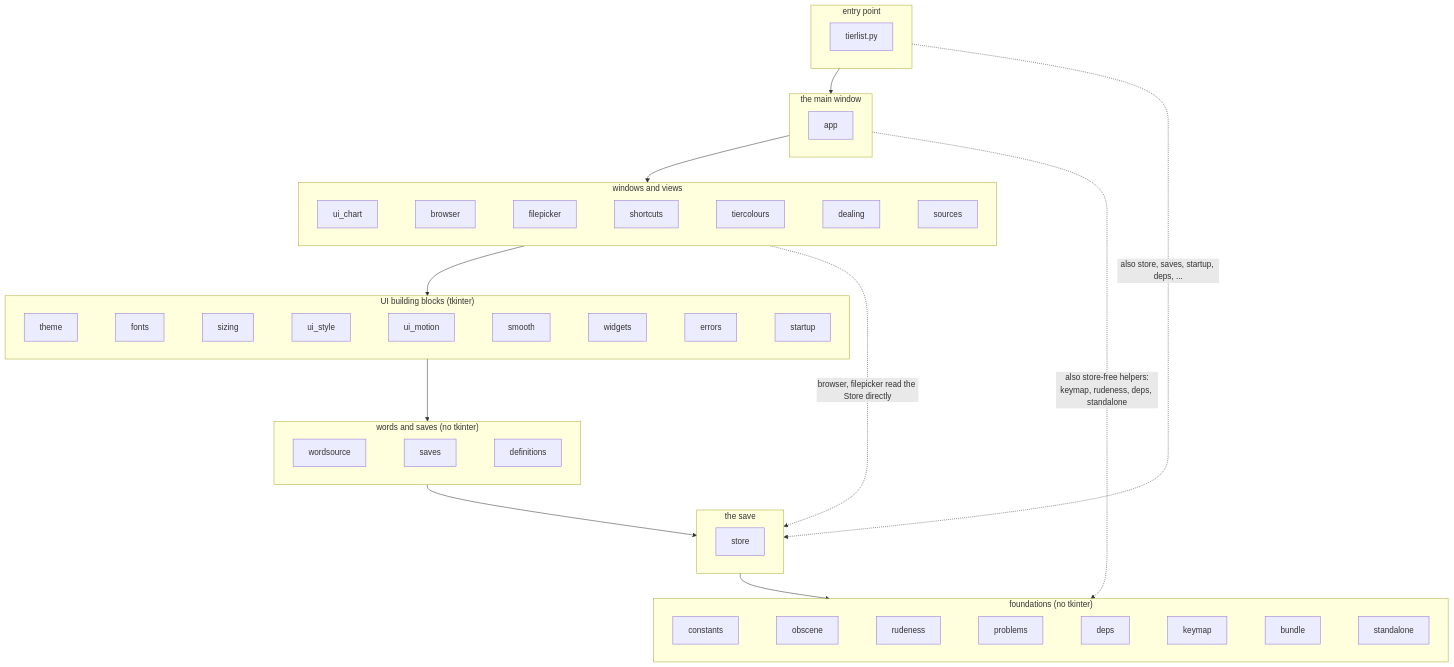
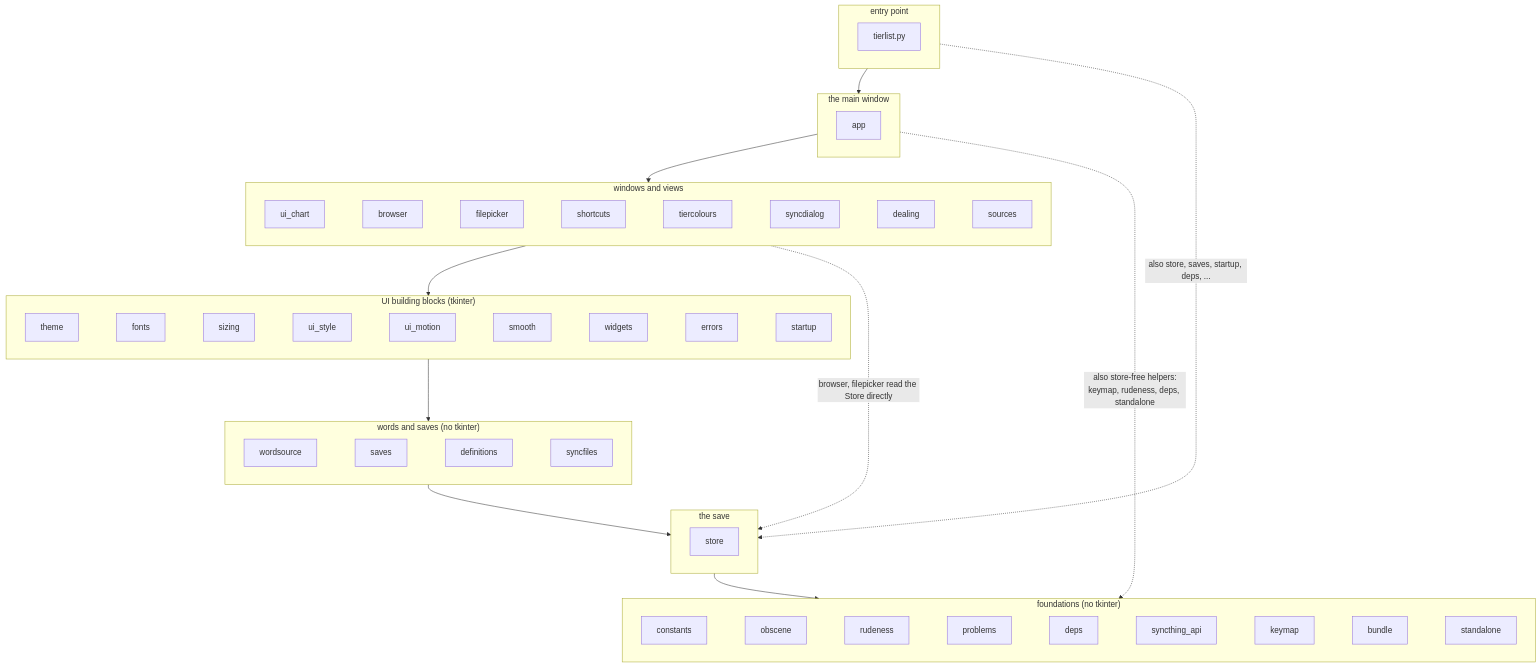
One commit to kiva-mccr/Word-Tierlister changed the second of 12 diagrams in DEVELOPERS.md. Above: the diagram before and after it, drawn with Mermaid. The commit also changed other lines of this file and 2 other files, not shown here.

````diff
--- a/DEVELOPERS.md
+++ b/DEVELOPERS.md
@@ -72,32 +72,32 @@
 ```mermaid
 flowchart TB
     subgraph L6["entry point"]
         tierlist["tierlist.py"]
     end
     subgraph L5["the main window"]
         app["app"]
     end
     subgraph L4["windows and views"]
         direction LR
-        ui_chart["ui_chart"] ~~~ browser["browser"] ~~~ filepicker["filepicker"] ~~~ shortcuts["shortcuts"] ~~~ tiercolours["tiercolours"] ~~~ dealing["dealing"] ~~~ sources["sources"]
+        ui_chart["ui_chart"] ~~~ browser["browser"] ~~~ filepicker["filepicker"] ~~~ shortcuts["shortcuts"] ~~~ tiercolours["tiercolours"] ~~~ syncdialog["syncdialog"] ~~~ dealing["dealing"] ~~~ sources["sources"]
     end
     subgraph L3["UI building blocks (tkinter)"]
         direction LR
         theme["theme"] ~~~ fonts["fonts"] ~~~ sizing["sizing"] ~~~ ui_style["ui_style"] ~~~ ui_motion["ui_motion"] ~~~ smooth["smooth"] ~~~ widgets["widgets"] ~~~ errors["errors"] ~~~ startup["startup"]
     end
     subgraph L2["words and saves (no tkinter)"]
         direction LR
-        wordsource["wordsource"] ~~~ saves["saves"] ~~~ definitions["definitions"]
+        wordsource["wordsource"] ~~~ saves["saves"] ~~~ definitions["definitions"] ~~~ syncfiles["syncfiles"]
     end
     subgraph L1["the save"]
         store["store"]
     end
     subgraph L0["foundations (no tkinter)"]
         direction LR
-        constants["constants"] ~~~ obscene["obscene"] ~~~ rudeness["rudeness"] ~~~ problems["problems"] ~~~ deps["deps"] ~~~ keymap["keymap"] ~~~ bundle["bundle"] ~~~ standalone["standalone"]
+        constants["constants"] ~~~ obscene["obscene"] ~~~ rudeness["rudeness"] ~~~ problems["problems"] ~~~ deps["deps"] ~~~ syncthing_api["syncthing_api"] ~~~ keymap["keymap"] ~~~ bundle["bundle"] ~~~ standalone["standalone"]
     end
     L6 --> L5 --> L4 --> L3 --> L2 --> L1 --> L0
     L6 -. "also store, saves, startup, deps, ..." .-> L1
     L5 -. "also store-free helpers:<br/>keymap, rudeness, deps, standalone" .-> L0
     L4 -. "browser, filepicker read the Store directly" .-> L1
 ```
````
